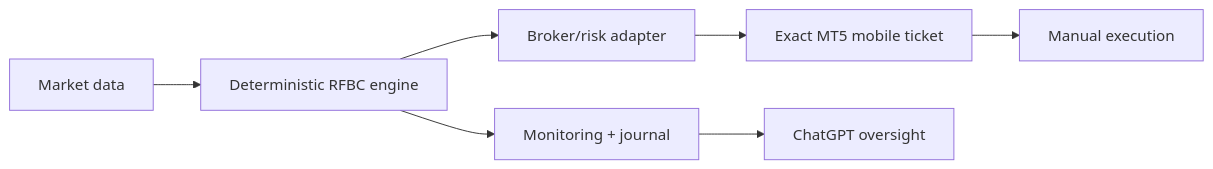
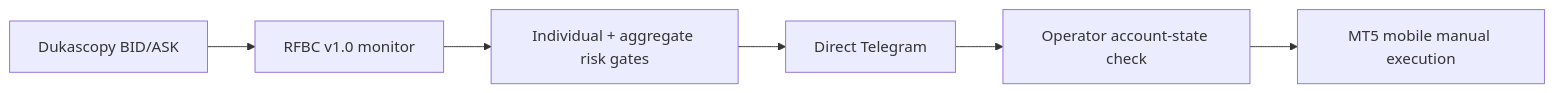
One commit to DouglasBagambe/rfbc-backtest changed the first of 2 diagrams in docs/RFBC_V10_MASTER_SYSTEM_MANUAL.md. Above: the diagram before and after it, drawn with Mermaid. The commit also changed other lines of this file, not shown here.

Commit message:
Update RFBC master manual to final manual-forward status

````diff
--- a/docs/RFBC_V10_MASTER_SYSTEM_MANUAL.md
+++ b/docs/RFBC_V10_MASTER_SYSTEM_MANUAL.md
@@ -148,9 +148,8 @@
 ```mermaid
 flowchart LR
-    A[Market data] --> B[Deterministic RFBC engine]
-    B --> C[Broker/risk adapter]
-    C --> D[Exact MT5 mobile ticket]
-    D --> E[Manual execution]
-    B --> F[Monitoring + journal]
-    F --> G[ChatGPT oversight]
+    A[Dukascopy BID/ASK] --> B[RFBC v1.0 monitor]
+    B --> C[Individual + aggregate risk gates]
+    C --> D[Direct Telegram]
+    D --> E[Operator account-state check]
+    E --> F[MT5 mobile manual execution]
 ```
````
